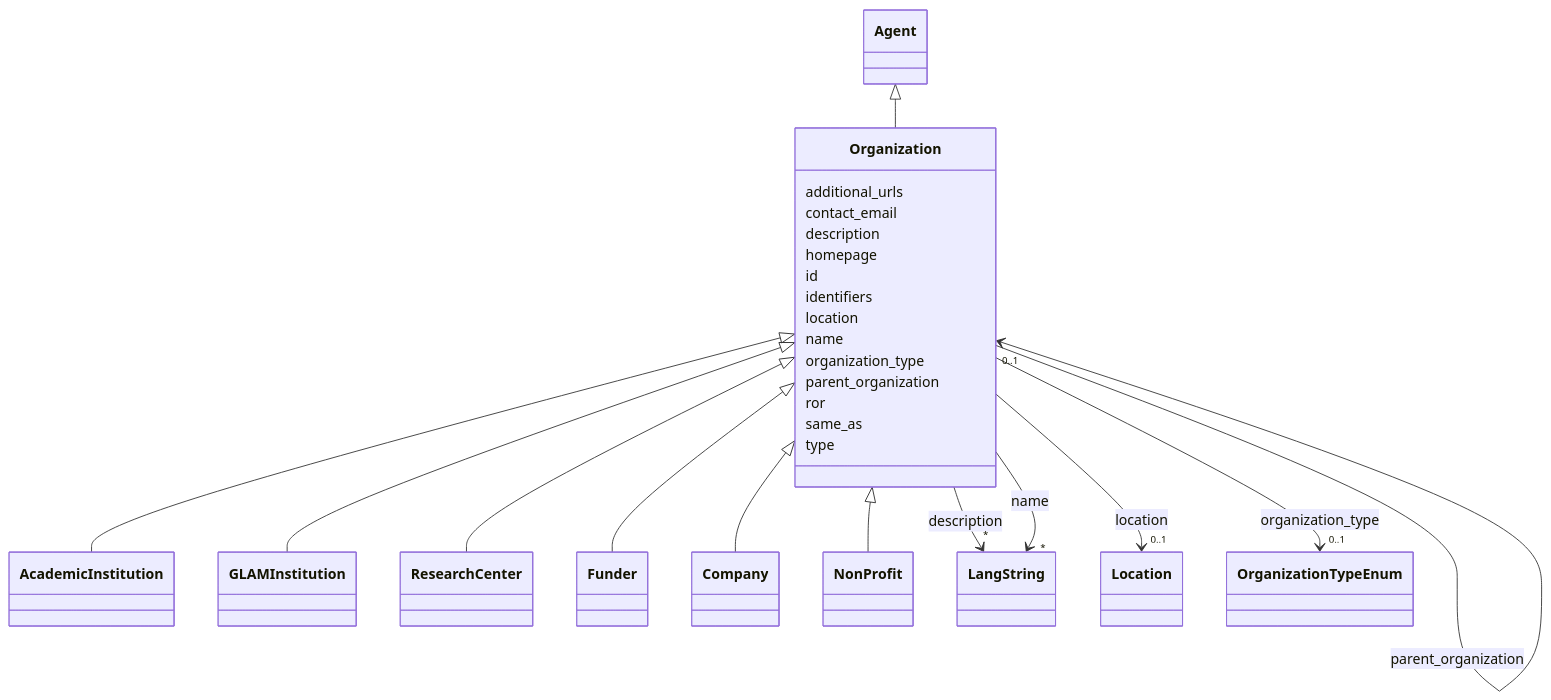
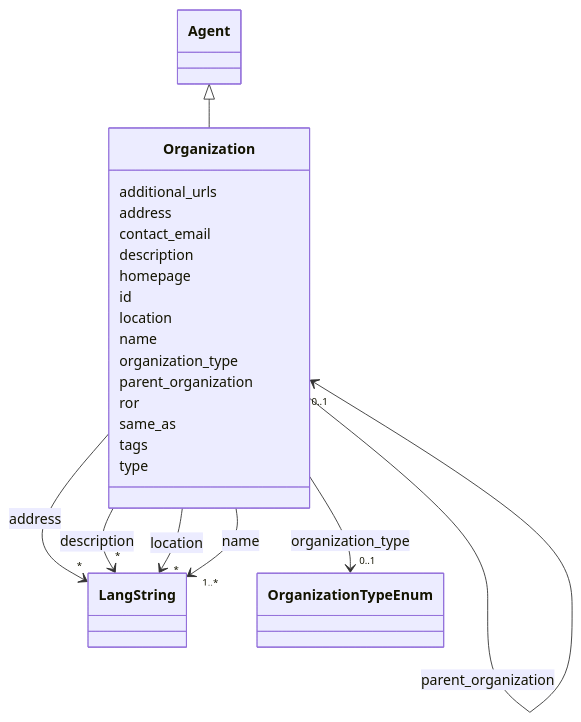
Before and after one commit to DARIAH-IL/idhi-manifests: the diagram in docs/classes/Organization.md, drawn with Mermaid. The commit also changed other lines of this file and 99 other files, not shown here.

```diff
--- a/docs/classes/Organization.md
+++ b/docs/classes/Organization.md
@@ -27,22 +27,18 @@
       Agent <|-- Organization
         click Agent href "../../classes/Agent/"
       
+      Organization : additional_urls
+        
+      Organization : address
+        
+          
+    
+        
+        
+        Organization --> "*" LangString : address
+        click LangString href "../../classes/LangString/"
+    
 
-      Organization <|-- AcademicInstitution
-        click AcademicInstitution href "../../classes/AcademicInstitution/"
-      Organization <|-- GLAMInstitution
-        click GLAMInstitution href "../../classes/GLAMInstitution/"
-      Organization <|-- ResearchCenter
-        click ResearchCenter href "../../classes/ResearchCenter/"
-      Organization <|-- Funder
-        click Funder href "../../classes/Funder/"
-      Organization <|-- Company
-        click Company href "../../classes/Company/"
-      Organization <|-- NonProfit
-        click NonProfit href "../../classes/NonProfit/"
-      
-
-      Organization : additional_urls
         
       Organization : contact_email
         
@@ -61,16 +57,14 @@
         
       Organization : id
         
-      Organization : identifiers
-        
       Organization : location
         
           
     
         
         
-        Organization --> "0..1" Location : location
-        click Location href "../../classes/Location/"
+        Organization --> "*" LangString : location
+        click LangString href "../../classes/LangString/"
     
 
         
@@ -80,7 +74,7 @@
     
         
         
-        Organization --> "*" LangString : name
+        Organization --> "1..*" LangString : name
         click LangString href "../../classes/LangString/"
     
 
@@ -111,6 +105,8 @@
         
       Organization : same_as
         
+      Organization : tags
+        
       Organization : type
         
       
```
